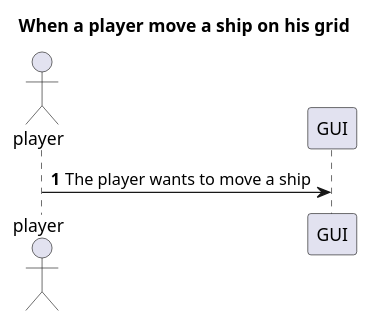
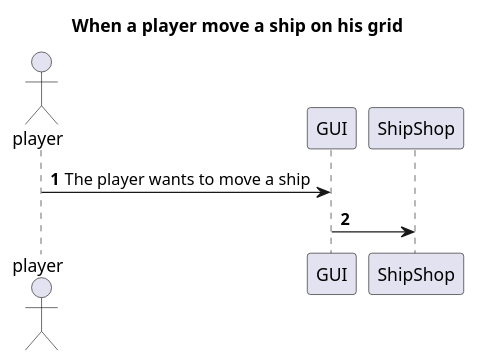
The diagram in doc/conception/pmul/sequence/move.puml (Reynault/ShipShop), drawn with PlantUML before and after one commit. The commit also changed 1 other file, not shown here.

Commit message:
Adding play diagram

```diff
--- a/doc/conception/pmul/sequence/move.puml
+++ b/doc/conception/pmul/sequence/move.puml
@@ -1,10 +1,12 @@
 @startuml
 
 title When a player move a ship on his grid
 
 autonumber
 actor player
 
 player -> GUI: The player wants to move a ship
 
+GUI -> ShipShop:
+
 @enduml
```
